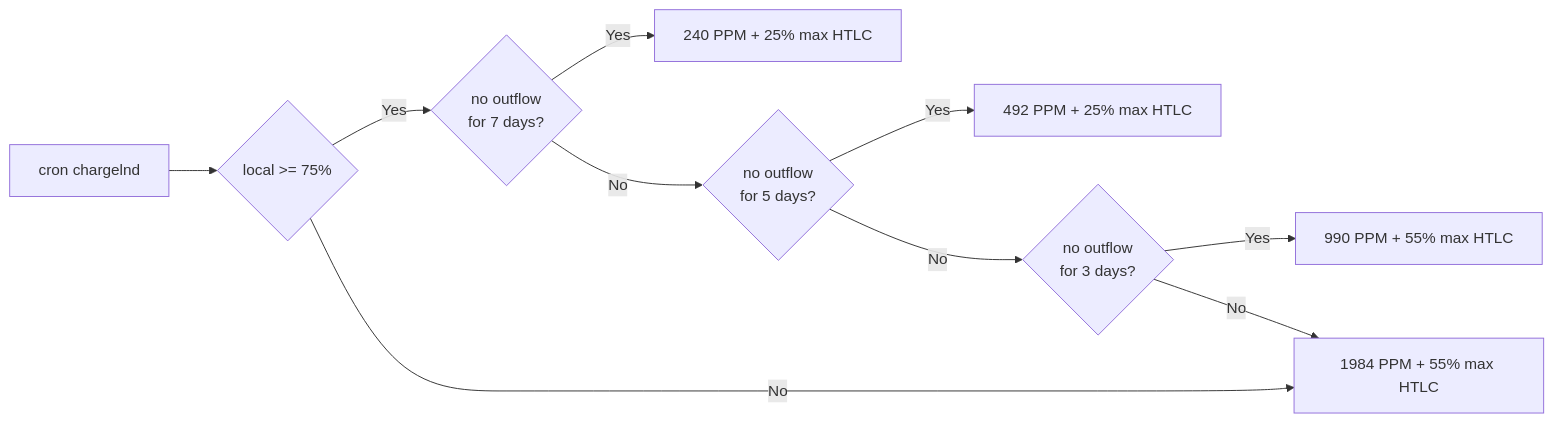
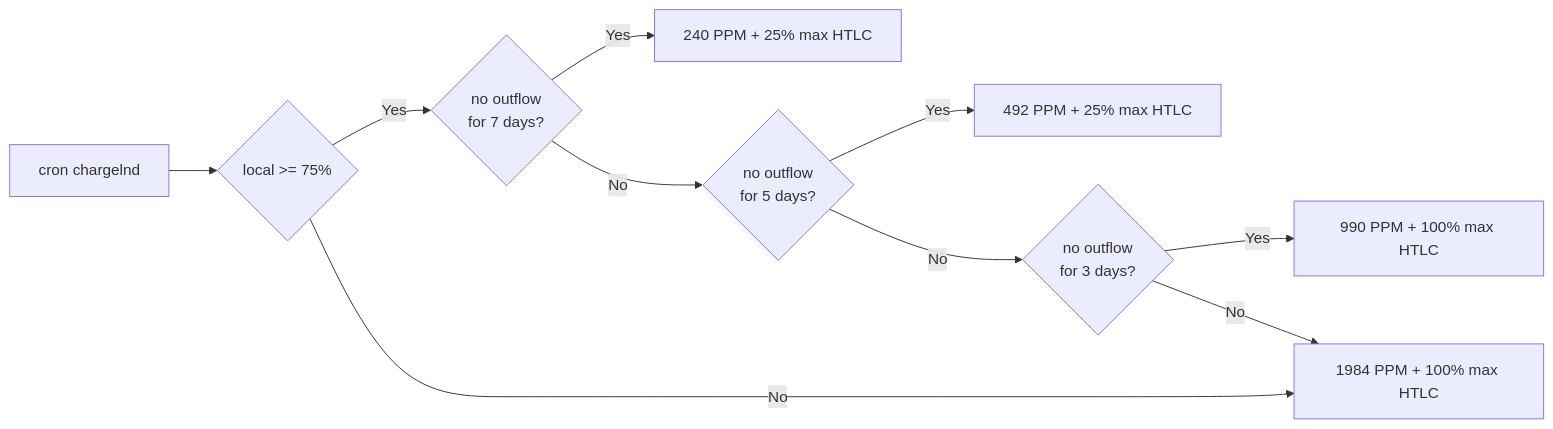
The first of 2 diagrams in README.md (zapomatic/zap_lnd_tools), drawn with Mermaid before and after one commit. The commit also changed other lines of this file and 2 other files, not shown here.

````diff
--- a/README.md
+++ b/README.md
@@ -48,12 +48,12 @@
 ```mermaid
 flowchart LR
     A[cron chargelnd] --> B{local >= 75%}
     B -->|Yes| C{no outflow\n for 7 days?}
-    B -->|No| D[1984 PPM + 55% max HTLC]
+    B -->|No| D[1984 PPM + 100% max HTLC]
     C -->|Yes| E[240 PPM + 25% max HTLC]
     C -->|No| F{no outflow\n for 5 days?}
     F -->|Yes| G[492 PPM + 25% max HTLC]
     F -->|No| H{no outflow\n for 3 days?}
-    H -->|Yes| I[990 PPM + 55% max HTLC]
-    H -->|No| D[1984 PPM + 55% max HTLC]
+    H -->|Yes| I[990 PPM + 100% max HTLC]
+    H -->|No| D[1984 PPM + 100% max HTLC]
 ```
````
